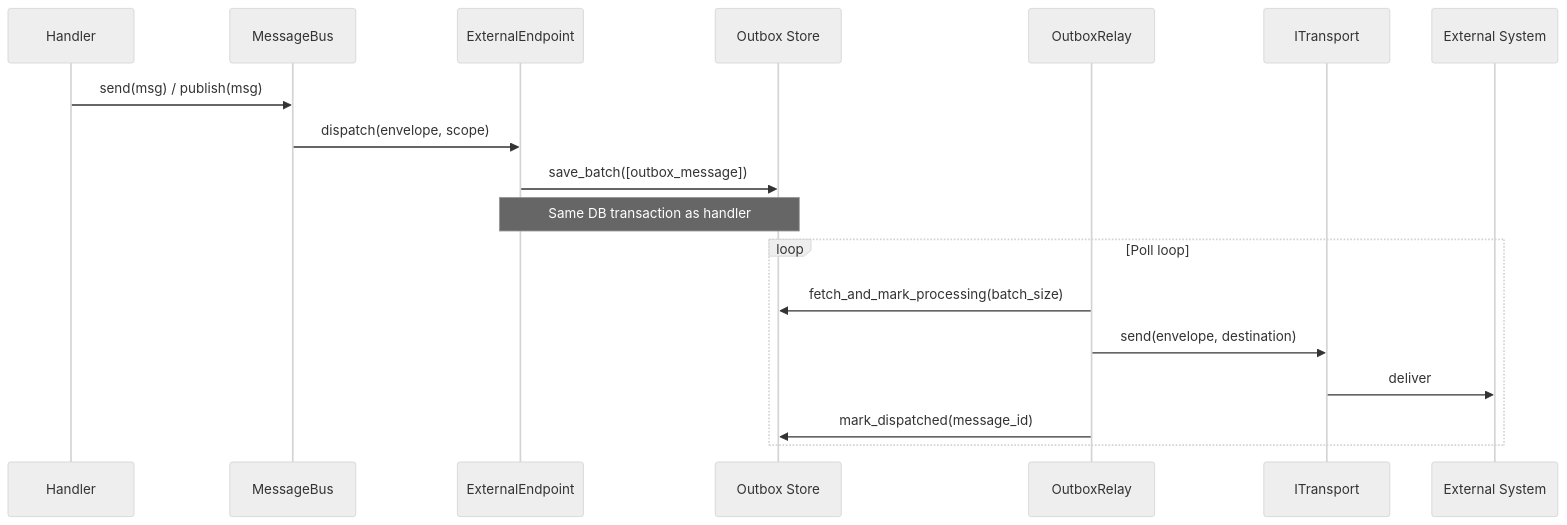
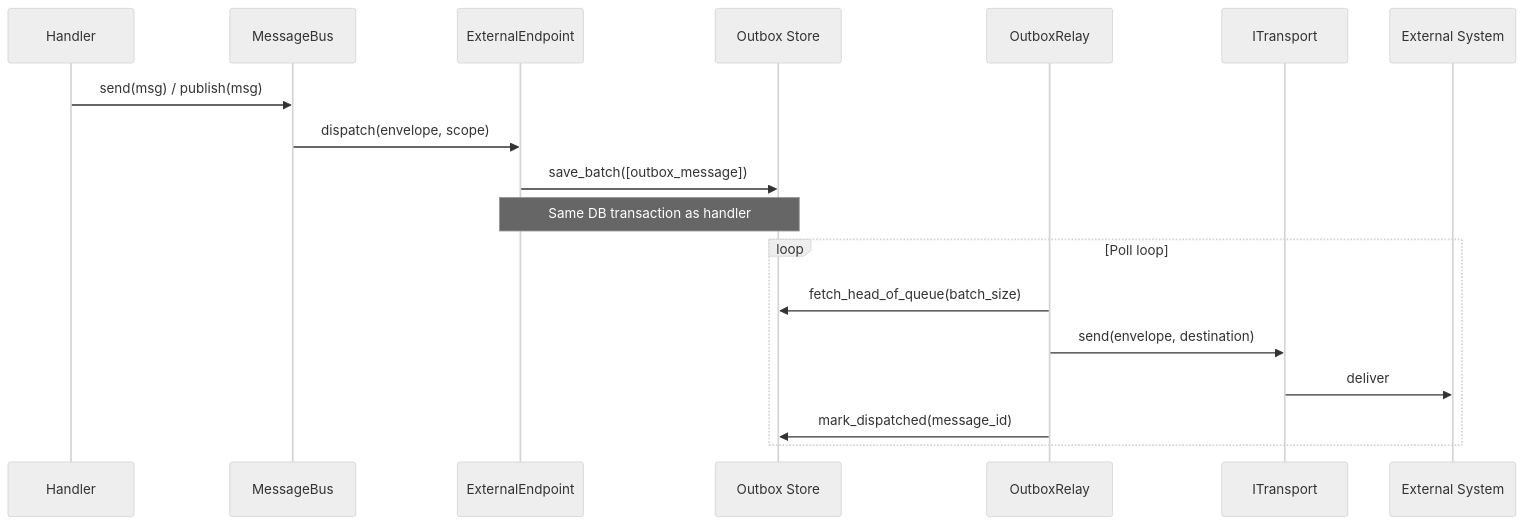
One commit to waku-py/waku changed the first of 2 diagrams in docs/features/messaging/outbox.md. Above: the diagram before and after it, drawn with Mermaid (neutral theme). The commit also changed other lines of this file and 7 other files, not shown here.

Commit message:
refactor(messaging): drop dead IOutboxStore.fetch_and_mark_processing

````diff
--- a/docs/features/messaging/outbox.md
+++ b/docs/features/messaging/outbox.md
@@ -29,22 +29,22 @@
 ```mermaid
 sequenceDiagram
     participant Handler
     participant Bus as MessageBus
     participant EP as ExternalEndpoint
     participant DB as Outbox Store
     participant Relay as OutboxRelay
     participant Transport as ITransport
     participant Broker as External System
 
     Handler->>Bus: send(msg) / publish(msg)
     Bus->>EP: dispatch(envelope, scope)
     EP->>DB: save_batch([outbox_message])
     Note over EP,DB: Same DB transaction as handler
 
     loop Poll loop
-        Relay->>DB: fetch_and_mark_processing(batch_size)
+        Relay->>DB: fetch_head_of_queue(batch_size)
         Relay->>Transport: send(envelope, destination)
         Transport->>Broker: deliver
         Relay->>DB: mark_dispatched(message_id)
     end
 ```
````
